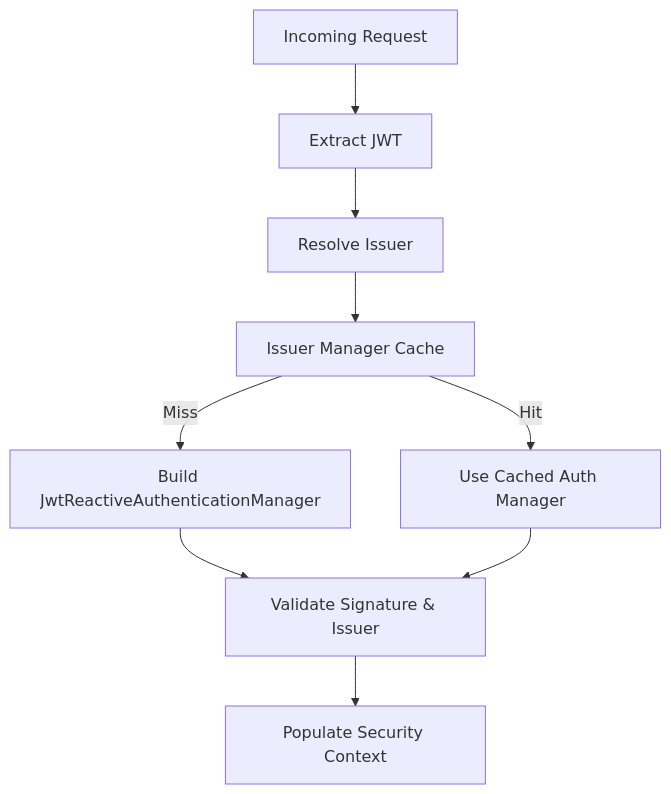
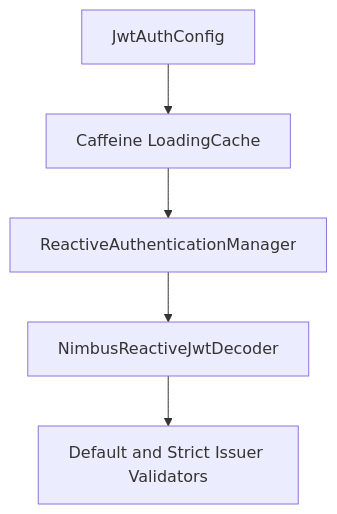
The diagram in docs/architecture/diagrams/gateway-service-core-4.mmd (Praesto-Pro/openframe-oss-tenant), drawn with Mermaid before and after one commit. The commit also changed 149 other files, not shown here.

```diff
--- a/docs/architecture/diagrams/gateway-service-core-4.mmd
+++ b/docs/architecture/diagrams/gateway-service-core-4.mmd
@@ -1,11 +1,5 @@
 flowchart TD
-    Request["Incoming Request"] --> ExtractJwt["Extract JWT"]
-    ExtractJwt --> ResolveIssuer["Resolve Issuer"]
-    ResolveIssuer --> CacheCheck["Issuer Manager Cache"]
-
-    CacheCheck -->|"Hit"| UseManager["Use Cached Auth Manager"]
-    CacheCheck -->|"Miss"| BuildManager["Build JwtReactiveAuthenticationManager"]
-
-    BuildManager --> Validate["Validate Signature & Issuer"]
-    UseManager --> Validate
-    Validate --> SecurityContext["Populate Security Context"]
+    JwtAuthConfig["JwtAuthConfig"] --> Cache["Caffeine LoadingCache"]
+    Cache --> Manager["ReactiveAuthenticationManager"]
+    Manager --> Decoder["NimbusReactiveJwtDecoder"]
+    Decoder --> Validator["Default and Strict Issuer Validators"]
```
